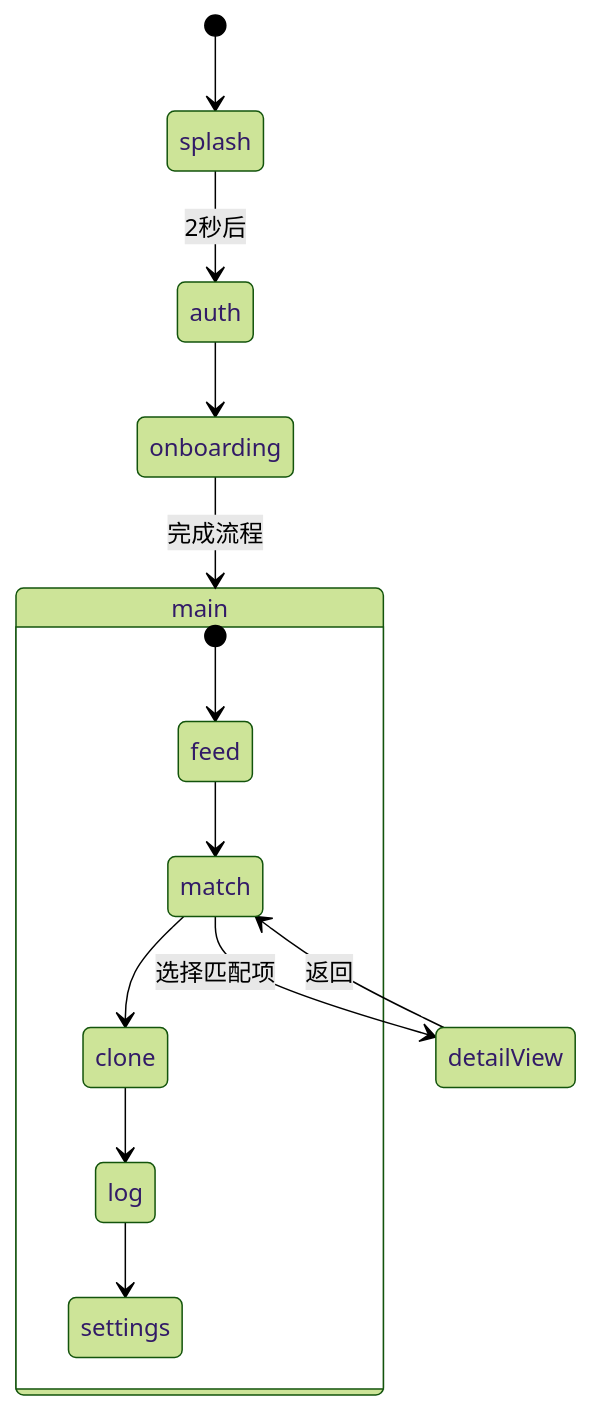
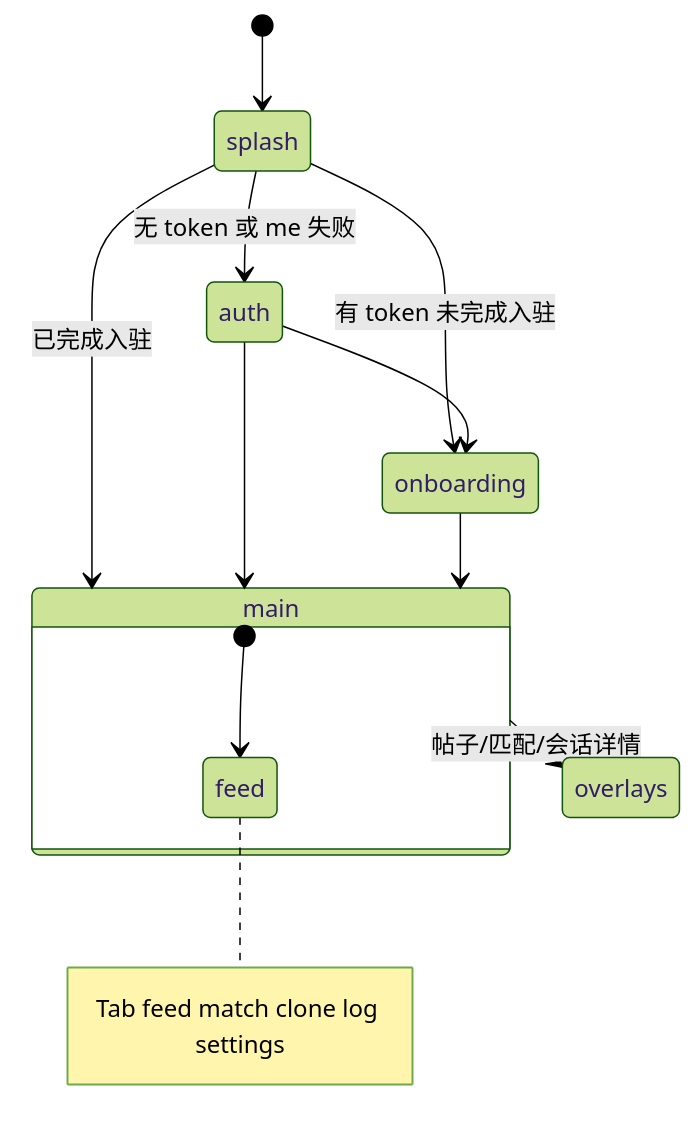
The diagram in echo/docs/README.zh-CN.md (yth-pass/Echo), drawn with Mermaid (forest theme) before and after one commit. The commit also changed other lines of this file and 11 other files, not shown here.

First line of the commit message:
docs: sync README and docs with Phase 1 roadmap v1.1.0

````diff
--- a/echo/docs/README.zh-CN.md
+++ b/echo/docs/README.zh-CN.md
@@ -89,16 +80,15 @@
 ```mermaid
 stateDiagram-v2
   [*] --> splash
-  splash --> auth: 2秒后
+  splash --> auth: 无 token 或 me 失败
+  splash --> onboarding: 有 token 未完成入驻
+  splash --> main: 已完成入驻
   auth --> onboarding
-  onboarding --> main: 完成流程
+  auth --> main
+  onboarding --> main
   state main {
     [*] --> feed
-    feed --> match
-    match --> clone
-    clone --> log
-    log --> settings
+    note right of feed: Tab feed match clone log settings
   }
-  match --> detailView: 选择匹配项
-  detailView --> match: 返回
+  main --> overlays: 帖子/匹配/会话详情
 ```
````
